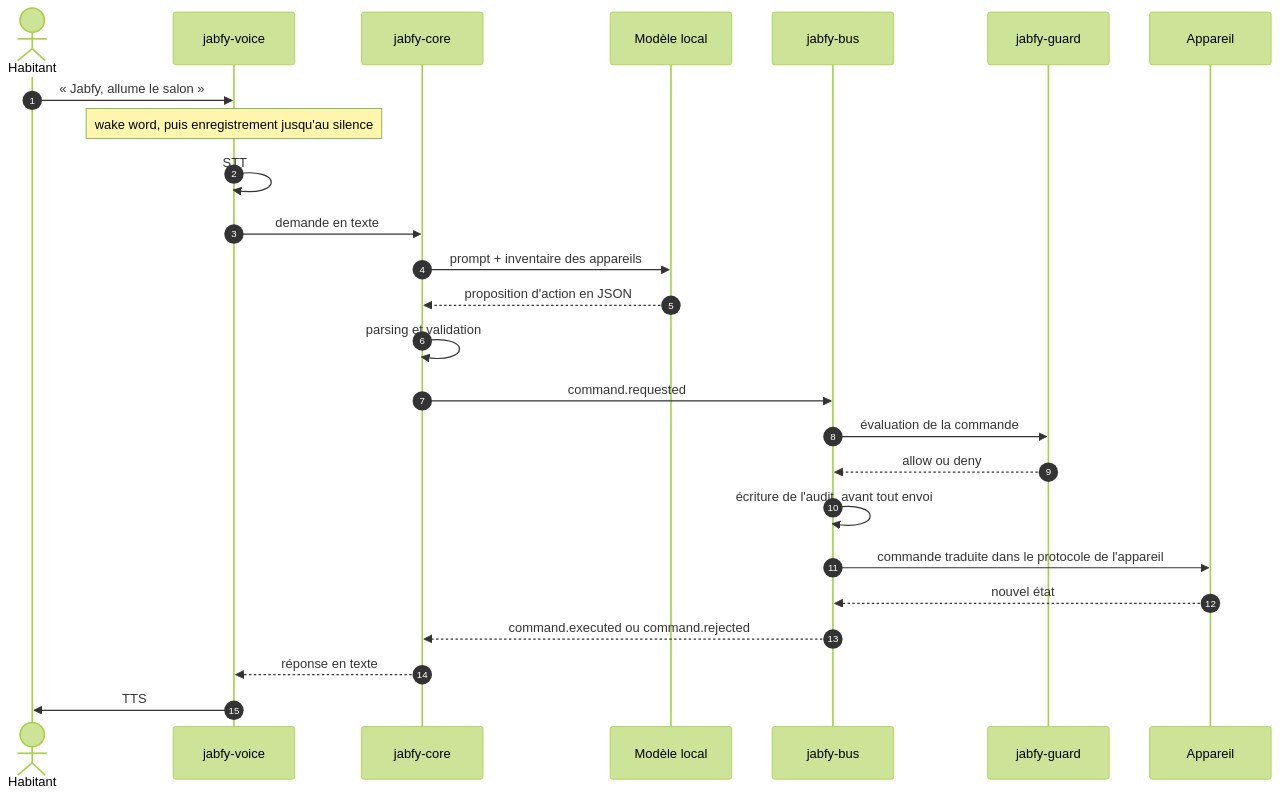
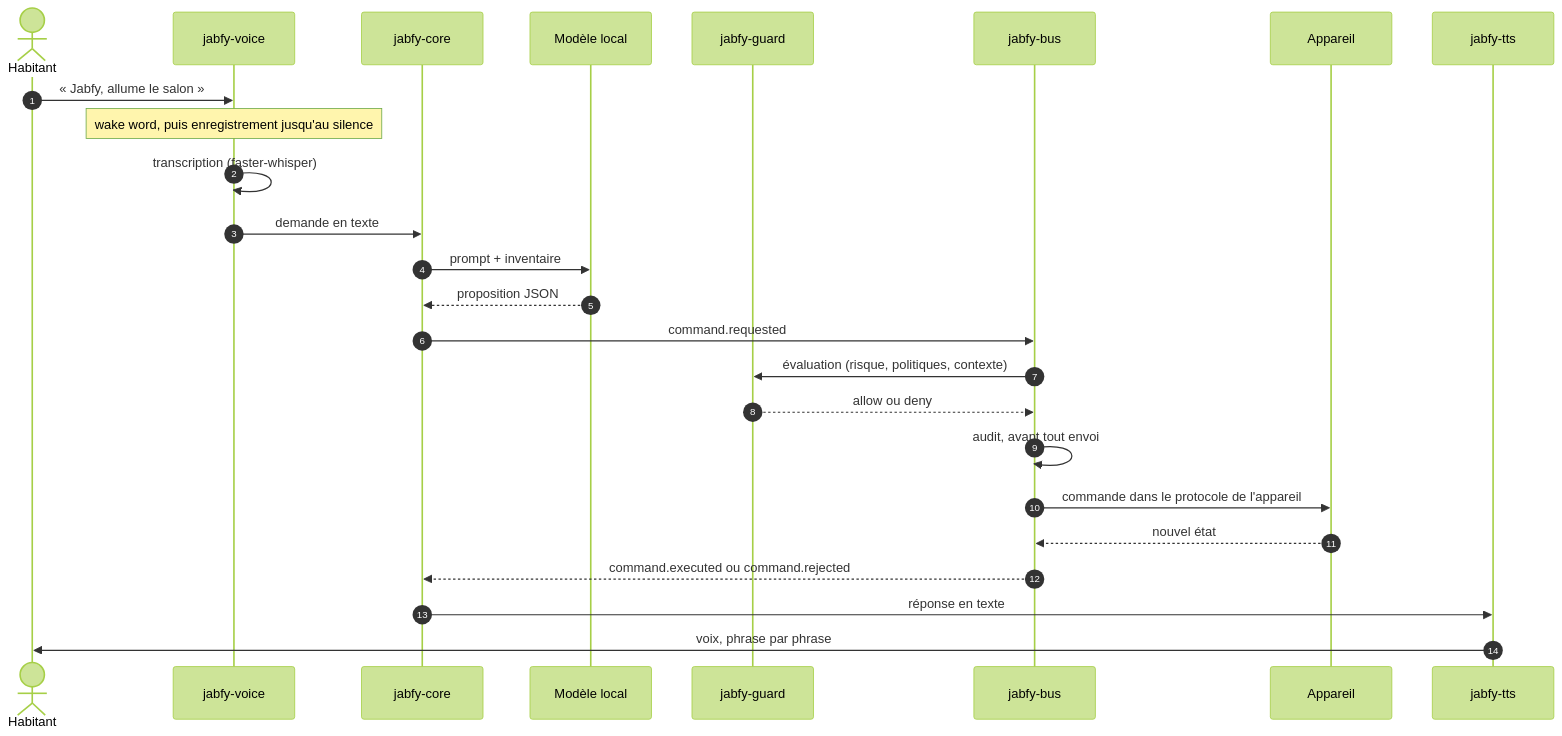
Before and after one commit to jabfy-corp/jabfy-docs: the second of 2 diagrams in documentation/architecture/flux.md, drawn with Mermaid (forest theme). The commit also changed other lines of this file and 45 other files, not shown here.

First line of the commit message:
docs: prepare the 29/10 review: research, architecture, first measurements

````diff
--- a/documentation/architecture/flux.md
+++ b/documentation/architecture/flux.md
@@ -5,28 +43,28 @@
 ```mermaid
 sequenceDiagram
   autonumber
   actor U as Habitant
   participant V as jabfy-voice
   participant C as jabfy-core
   participant L as Modèle local
+  participant G as jabfy-guard
   participant B as jabfy-bus
-  participant G as jabfy-guard
   participant D as Appareil
+  participant T as jabfy-tts
 
   U->>V: « Jabfy, allume le salon »
   Note over V: wake word, puis enregistrement jusqu'au silence
-  V->>V: STT
+  V->>V: transcription (faster-whisper)
   V->>C: demande en texte
-  C->>L: prompt + inventaire des appareils
-  L-->>C: proposition d'action en JSON
-  C->>C: parsing et validation
+  C->>L: prompt + inventaire
+  L-->>C: proposition JSON
   C->>B: command.requested
-  B->>G: évaluation de la commande
+  B->>G: évaluation (risque, politiques, contexte)
   G-->>B: allow ou deny
-  B->>B: écriture de l'audit, avant tout envoi
-  B->>D: commande traduite dans le protocole de l'appareil
+  B->>B: audit, avant tout envoi
+  B->>D: commande dans le protocole de l'appareil
   D-->>B: nouvel état
   B-->>C: command.executed ou command.rejected
-  C-->>V: réponse en texte
-  V->>U: TTS
+  C->>T: réponse en texte
+  T->>U: voix, phrase par phrase
 ```
````
